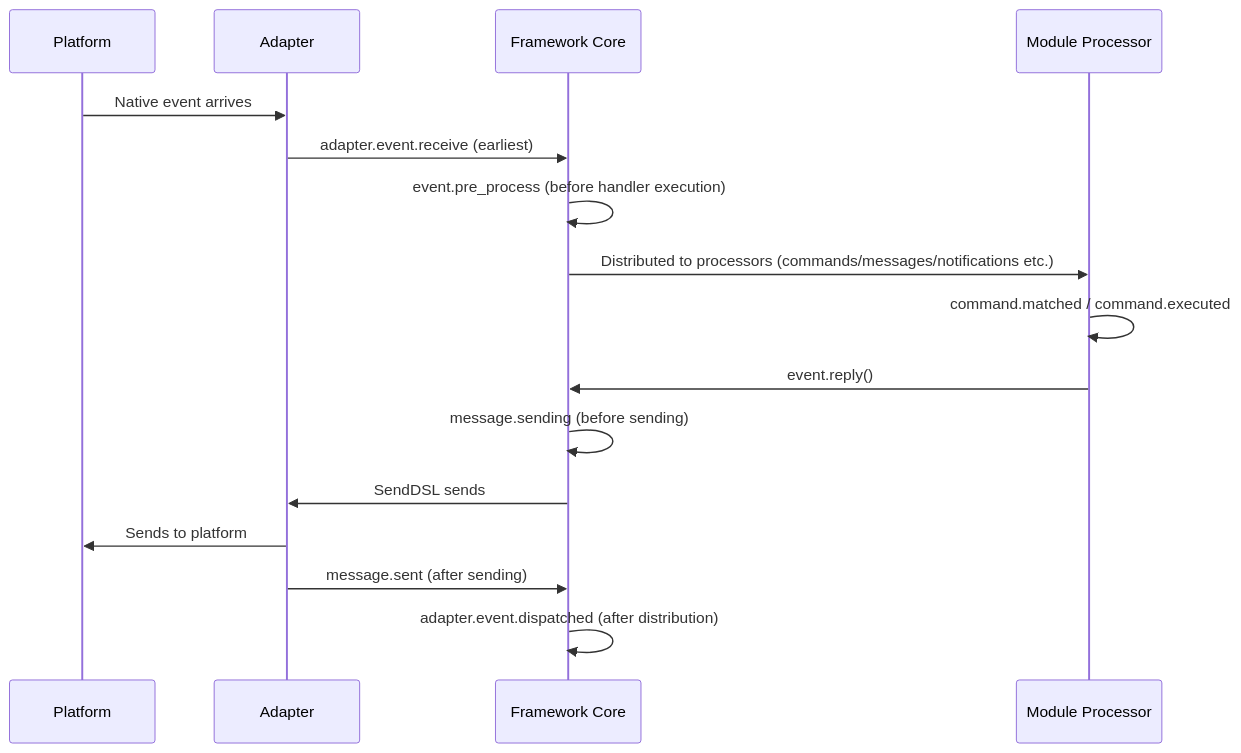
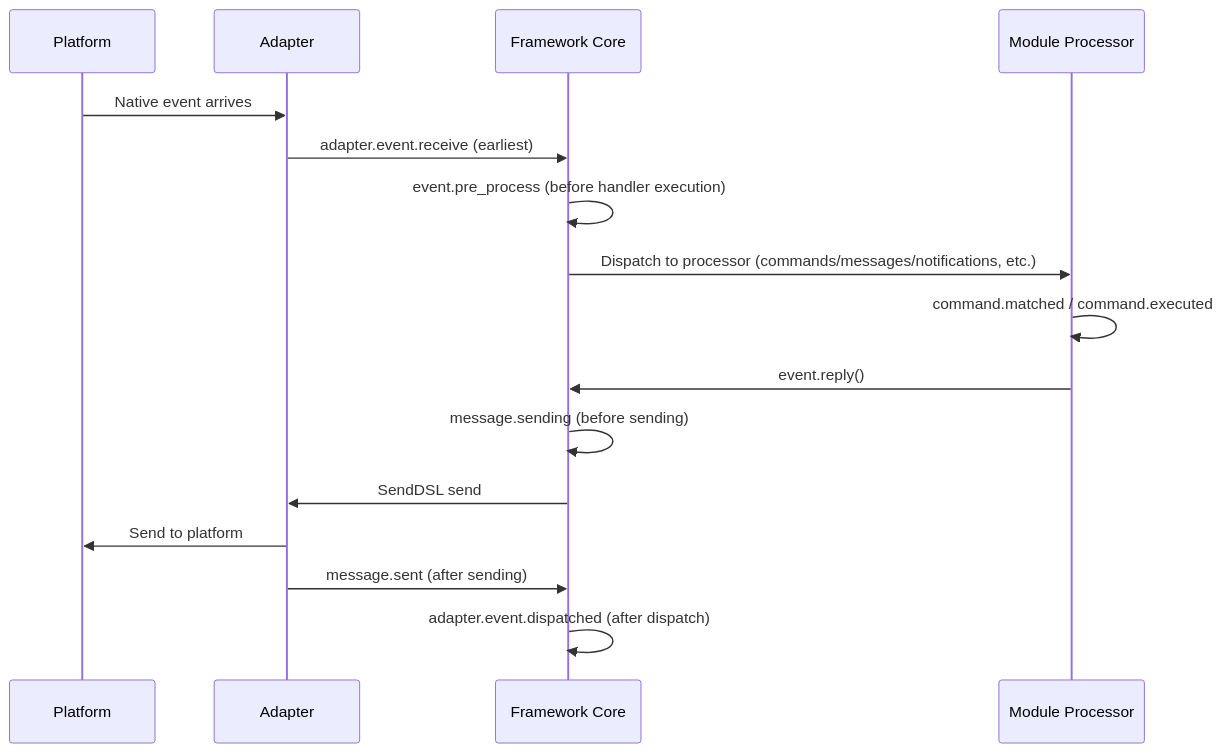
One commit to ErisPulse/ErisPulse changed the diagram in docs/en/advanced/lifecycle.md. Above: the diagram before and after it, drawn with Mermaid. The commit also changed other lines of this file and 79 other files, not shown here.

````diff
--- a/docs/en/advanced/lifecycle.md
+++ b/docs/en/advanced/lifecycle.md
@@ -118,19 +118,19 @@
 ```mermaid
 sequenceDiagram
     participant P as Platform
     participant A as Adapter
     participant F as Framework Core
     participant M as Module Processor
 
     P->>A: Native event arrives
     A->>F: adapter.event.receive (earliest)
     F->>F: event.pre_process (before handler execution)
-    F->>M: Distributed to processors (commands/messages/notifications etc.)
+    F->>M: Dispatch to processor (commands/messages/notifications, etc.)
     M->>M: command.matched / command.executed
     M->>F: event.reply()
     F->>F: message.sending (before sending)
-    F->>A: SendDSL sends
-    A->>P: Sends to platform
+    F->>A: SendDSL send
+    A->>P: Send to platform
     A->>F: message.sent (after sending)
-    F->>F: adapter.event.dispatched (after distribution)
+    F->>F: adapter.event.dispatched (after dispatch)
 ```
````
